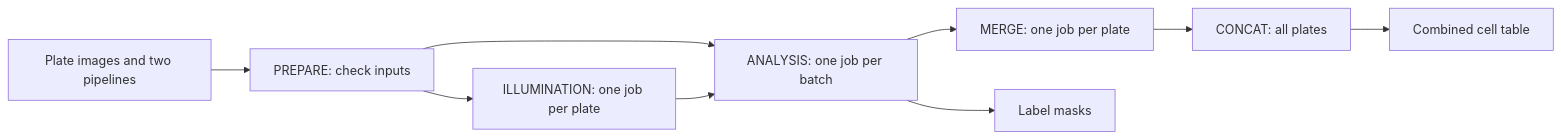
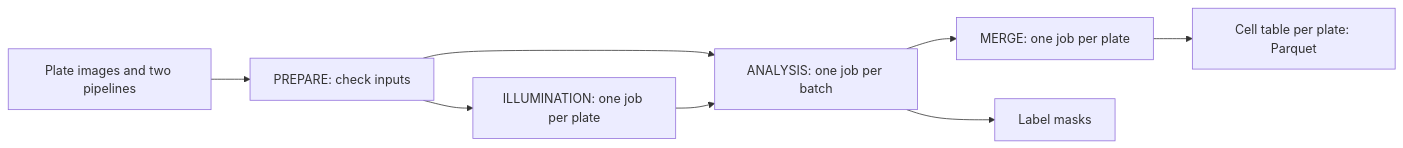
One commit to mirandaresearchlab/headless-cp-wf changed the diagram in docs/index.md. Above: the diagram before and after it, drawn with Mermaid. The commit also changed other lines of this file and 13 other files, not shown here.

````diff
--- a/docs/index.md
+++ b/docs/index.md
@@ -15,11 +15,10 @@
 ```mermaid
 flowchart LR
     A[Plate images and two pipelines] --> B[PREPARE: check inputs]
     B --> C[ILLUMINATION: one job per plate]
     B --> D[ANALYSIS: one job per batch]
     C --> D
     D --> E[MERGE: one job per plate]
-    E --> F[CONCAT: all plates]
-    F --> G[Combined cell table]
+    E --> G[Cell table per plate: Parquet]
     D --> H[Label masks]
 ```
````
